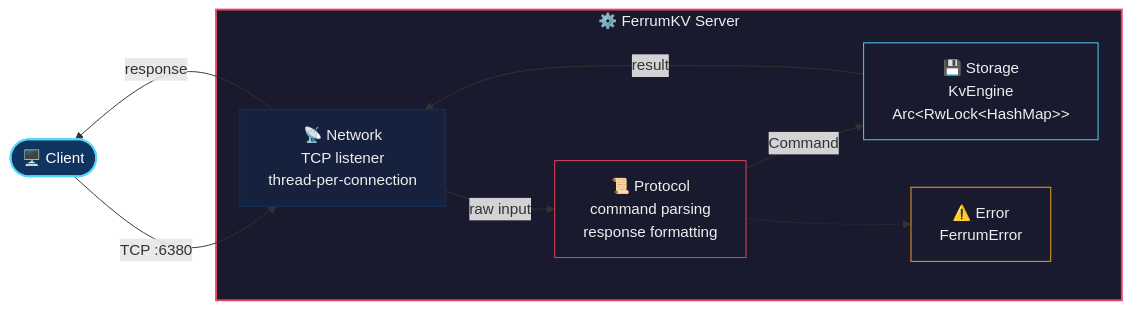
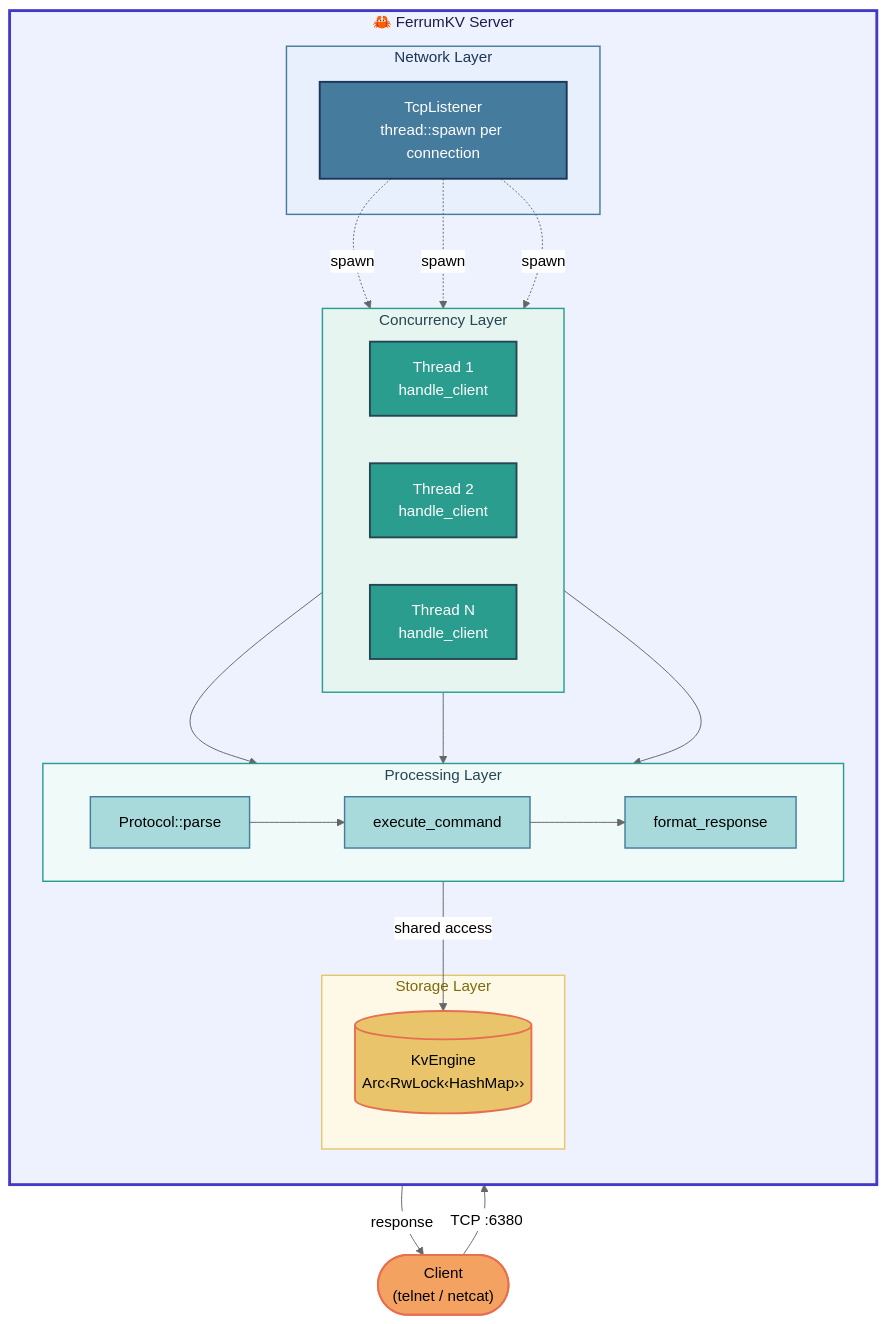
One commit to aldalee/ferrum-kv changed the diagram in README.md. Above: the diagram before and after it, drawn with Mermaid.

````diff
--- a/README.md
+++ b/README.md
@@ -7,27 +7,56 @@
 ```mermaid
-flowchart LR
-    Client(["🖥️ Client"])
+%%{init: {'theme': 'neutral', 'flowchart': {'curve': 'basis'}}}%%
+flowchart TB
+    Client(["Client<br/>(telnet / netcat)"])
 
-    Client -- "TCP :6380" --> Network
+    Client -->|"TCP :6380"| Listener
 
-    subgraph FerrumKV ["⚙️ FerrumKV Server"]
-        Network["📡 Network\nTCP listener\nthread-per-connection"]
-        Protocol["📜 Protocol\ncommand parsing\nresponse formatting"]
-        Storage["💾 Storage\nKvEngine\nArc&lt;RwLock&lt;HashMap&gt;&gt;"]
-        Error["⚠️ Error\nFerrumError"]
+    subgraph Server ["🦀 FerrumKV Server"]
+        direction TB
 
-        Network -- "raw input" --> Protocol
-        Protocol -- "Command" --> Storage
-        Storage -- "result" --> Network
-        Protocol -.-> Error
+        subgraph Network ["Network Layer"]
+            Listener["TcpListener<br/>thread::spawn per connection"]
+        end
+
+        subgraph Threads ["Concurrency Layer"]
+            direction LR
+            T1["Thread 1<br/>handle_client"]
+            T2["Thread 2<br/>handle_client"]
+            T3["Thread N<br/>handle_client"]
+        end
+
+        Listener -.->|spawn| T1
+        Listener -.->|spawn| T2
+        Listener -.->|spawn| T3
+
+        subgraph Handler ["Processing Layer"]
+            direction LR
+            Parse["Protocol::parse"] --> Exec["execute_command"] --> Fmt["format_response"]
+        end
+
+        T1 & T2 & T3 --> Parse
+
+        subgraph Storage ["Storage Layer"]
+            Engine[("KvEngine<br/>Arc‹RwLock‹HashMap››")]
+        end
+
+        Exec -->|"shared access"| Engine
     end
 
-    Network -- "response" --> Client
+    Fmt -->|"response"| Client
 
-    style FerrumKV fill:#1a1a2e,stroke:#e94560,stroke-width:2px,color:#eee
-    style Client fill:#0f3460,stroke:#53d8fb,stroke-width:2px,color:#fff
-    style Network fill:#16213e,stroke:#0f3460,stroke-width:1px,color:#eee
-    style Protocol fill:#1a1a2e,stroke:#e94560,stroke-width:1px,color:#eee
-    style Storage fill:#1a1a2e,stroke:#53d8fb,stroke-width:1px,color:#eee
-    style Error fill:#1a1a2e,stroke:#f5a623,stroke-width:1px,color:#eee
+    style Client fill:#f4a261,stroke:#e76f51,stroke-width:2px,color:#000
+    style Listener fill:#457b9d,stroke:#1d3557,stroke-width:2px,color:#fff
+    style T1 fill:#2a9d8f,stroke:#264653,stroke-width:2px,color:#fff
+    style T2 fill:#2a9d8f,stroke:#264653,stroke-width:2px,color:#fff
+    style T3 fill:#2a9d8f,stroke:#264653,stroke-width:2px,color:#fff
+    style Parse fill:#a8dadc,stroke:#457b9d,stroke-width:1.5px,color:#000
+    style Exec fill:#a8dadc,stroke:#457b9d,stroke-width:1.5px,color:#000
+    style Fmt fill:#a8dadc,stroke:#457b9d,stroke-width:1.5px,color:#000
+    style Engine fill:#e9c46a,stroke:#e76f51,stroke-width:2px,color:#000
+    style Network fill:#e8f0fe,stroke:#457b9d,stroke-width:1.5px,color:#1d3557
+    style Threads fill:#e6f5f0,stroke:#2a9d8f,stroke-width:1.5px,color:#264653
+    style Handler fill:#f0faf8,stroke:#2a9d8f,stroke-width:1.5px,color:#264653
+    style Storage fill:#fef9e7,stroke:#e9c46a,stroke-width:1.5px,color:#7c6a0a
+    style Server fill:#eef2ff,stroke:#4338ca,stroke-width:3px,color:#1e1b4b
 ```
````
